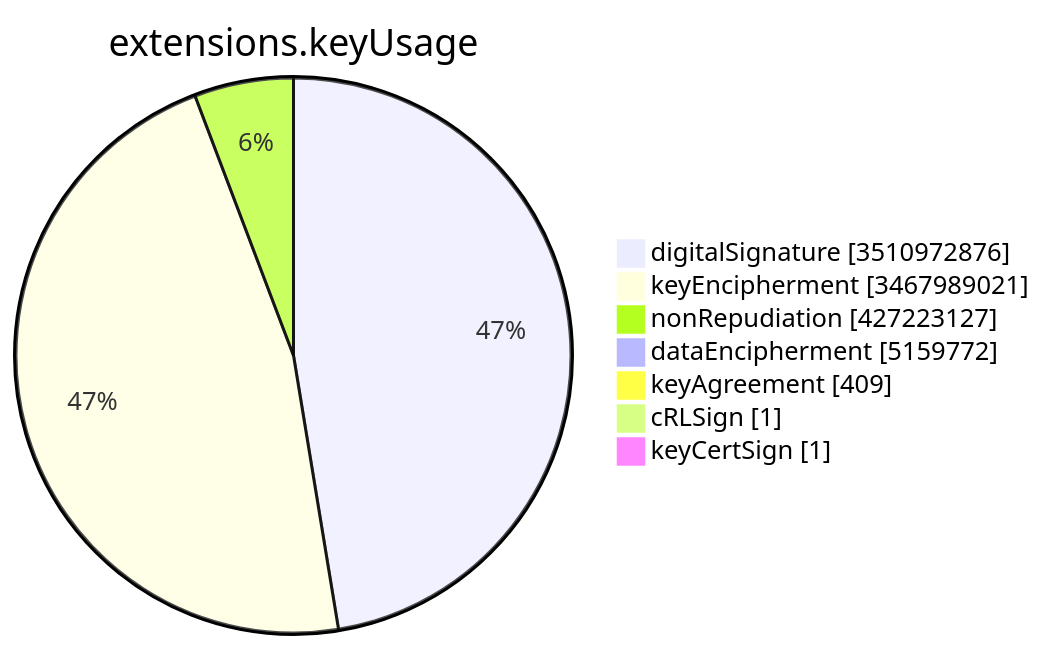
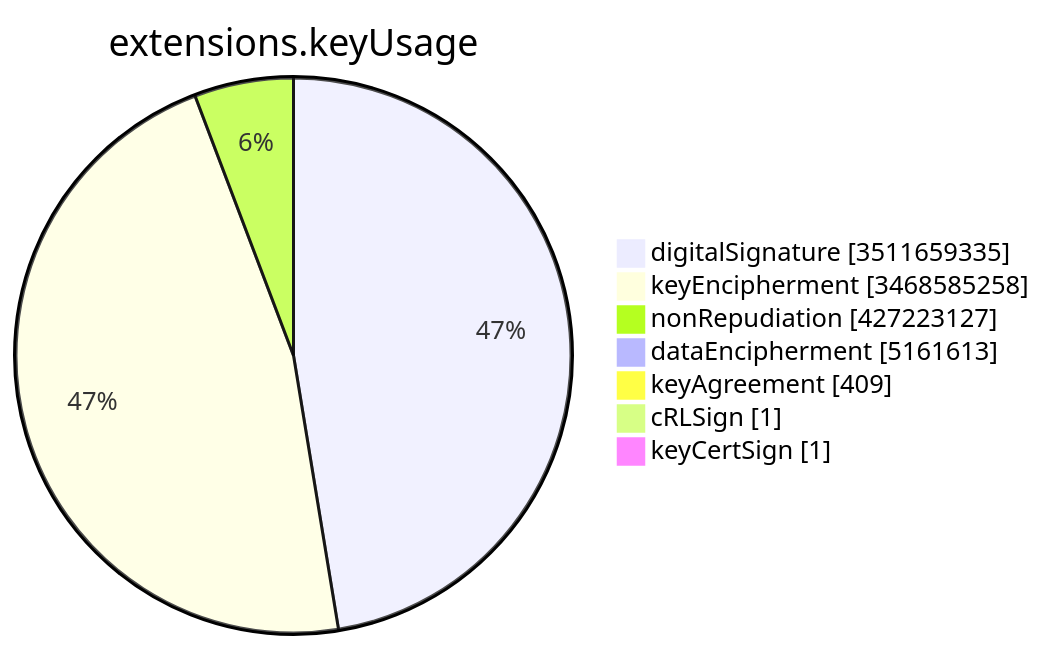
The sixth of 15 diagrams in TOTAL/README.md (christiankrug/ctmonitor_visualization), drawn with Mermaid before and after one commit. The commit also changed other lines of this file, not shown here.

````diff
--- a/TOTAL/README.md
+++ b/TOTAL/README.md
@@ -3083,11 +3083,11 @@
 ```mermaid
 pie showData
 title extensions.keyUsage
-"digitalSignature" :3510972876
-"keyEncipherment" :3467989021
+"digitalSignature" :3511659335
+"keyEncipherment" :3468585258
 "nonRepudiation" :427223127
-"dataEncipherment" :5159772
+"dataEncipherment" :5161613
 "keyAgreement" :409
 "cRLSign" :1
 "keyCertSign" :1
 ```
````
